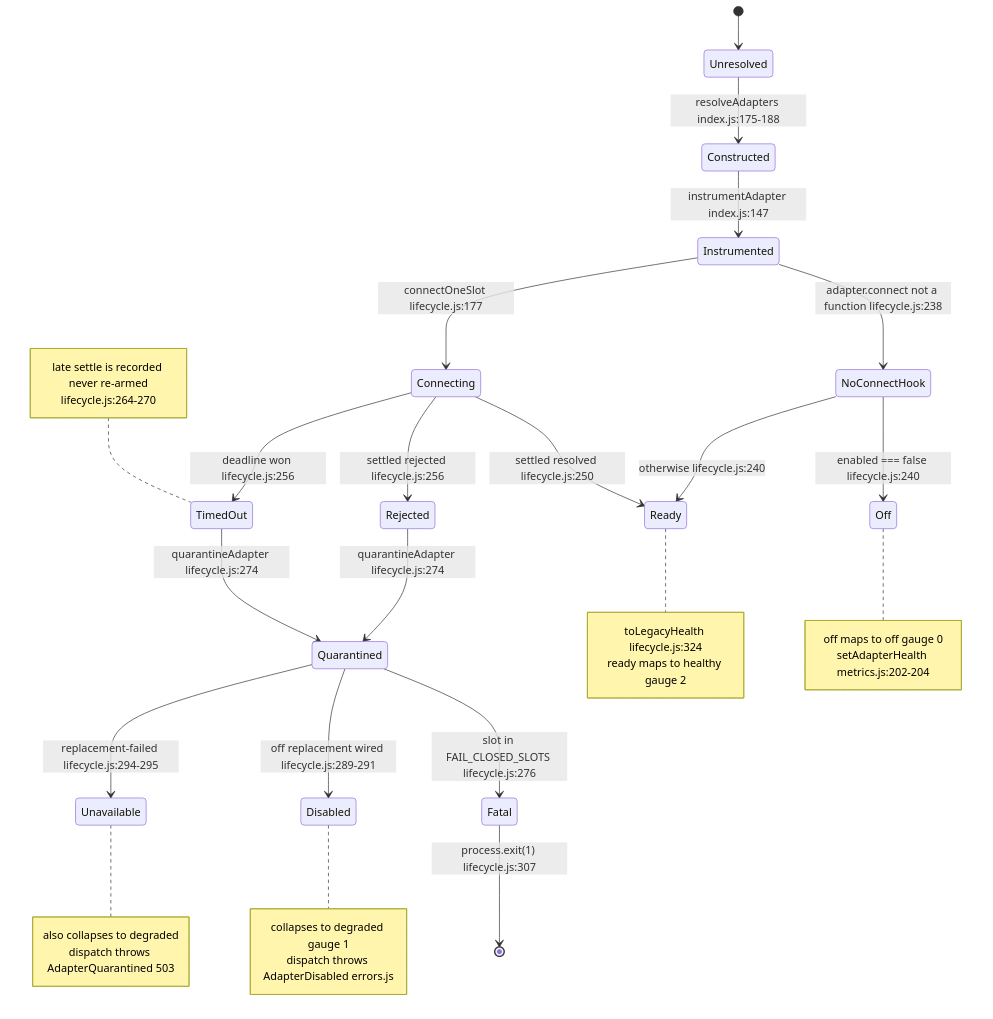
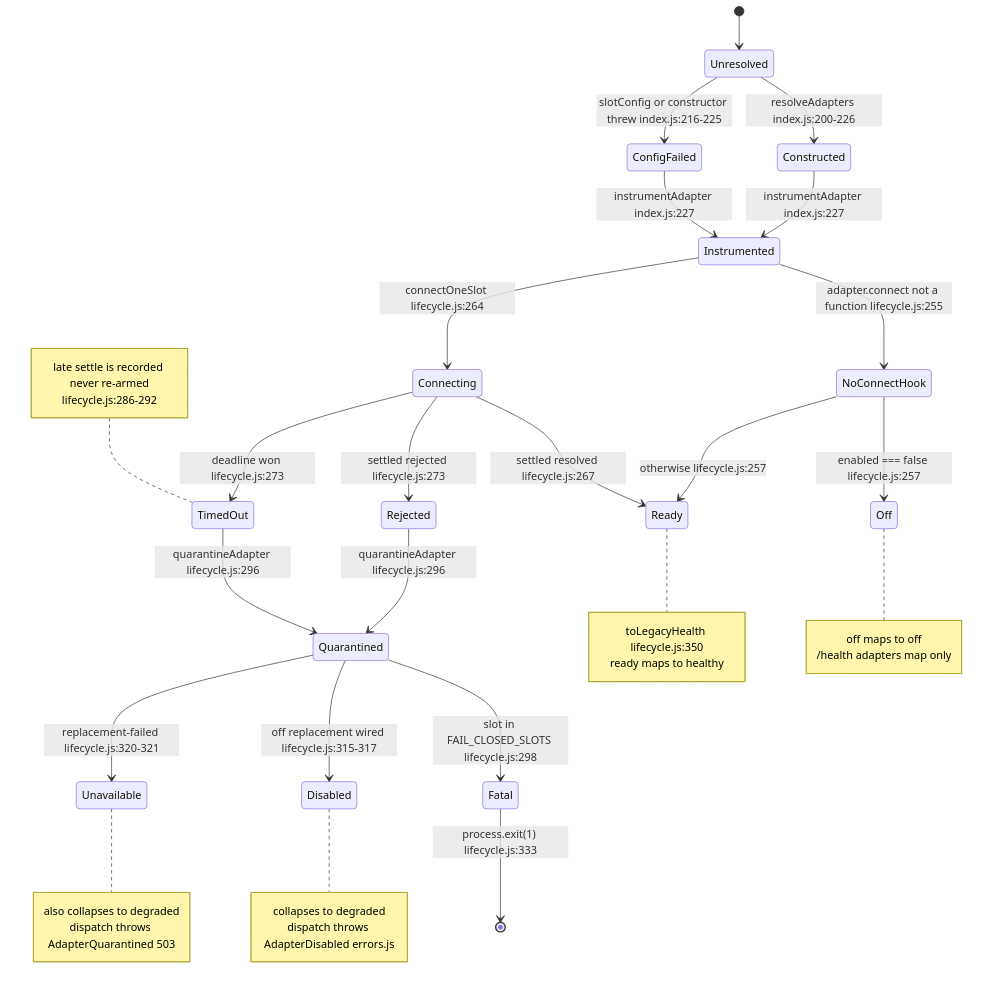
Before and after one commit to DreamLab-AI/VisionFlow: the eighth of 15 diagrams in docs/diagrams/agentbox/04-adapter-spine.md, drawn with Mermaid. The commit also changed other lines of this file and 173 other files, not shown here.

````diff
--- a/docs/diagrams/agentbox/04-adapter-spine.md
+++ b/docs/diagrams/agentbox/04-adapter-spine.md
@@ -342,45 +356,47 @@
 ```mermaid
 stateDiagram-v2
     [*] --> Unresolved
-    Unresolved --> Constructed: resolveAdapters index.js:175-188
-    Constructed --> Instrumented: instrumentAdapter index.js:147
-    Instrumented --> NoConnectHook: adapter.connect not a function lifecycle.js:238
-    Instrumented --> Connecting: connectOneSlot lifecycle.js:177
+    Unresolved --> Constructed: resolveAdapters index.js:200-226
+    Unresolved --> ConfigFailed: slotConfig or constructor threw index.js:216-225
+    ConfigFailed --> Instrumented: instrumentAdapter index.js:227
+    Constructed --> Instrumented: instrumentAdapter index.js:227
+    Instrumented --> NoConnectHook: adapter.connect not a function lifecycle.js:255
+    Instrumented --> Connecting: connectOneSlot lifecycle.js:264
 
-    NoConnectHook --> Off: enabled === false lifecycle.js:240
-    NoConnectHook --> Ready: otherwise lifecycle.js:240
+    NoConnectHook --> Off: enabled === false lifecycle.js:257
+    NoConnectHook --> Ready: otherwise lifecycle.js:257
 
-    Connecting --> Ready: settled resolved lifecycle.js:250
-    Connecting --> Rejected: settled rejected lifecycle.js:256
-    Connecting --> TimedOut: deadline won lifecycle.js:256
+    Connecting --> Ready: settled resolved lifecycle.js:267
+    Connecting --> Rejected: settled rejected lifecycle.js:273
+    Connecting --> TimedOut: deadline won lifecycle.js:273
 
-    Rejected --> Quarantined: quarantineAdapter lifecycle.js:274
-    TimedOut --> Quarantined: quarantineAdapter lifecycle.js:274
+    Rejected --> Quarantined: quarantineAdapter lifecycle.js:296
+    TimedOut --> Quarantined: quarantineAdapter lifecycle.js:296
 
-    Quarantined --> Fatal: slot in FAIL_CLOSED_SLOTS lifecycle.js:276
-    Quarantined --> Disabled: off replacement wired lifecycle.js:289-291
-    Quarantined --> Unavailable: replacement-failed lifecycle.js:294-295
+    Quarantined --> Fatal: slot in FAIL_CLOSED_SLOTS lifecycle.js:298
+    Quarantined --> Disabled: off replacement wired lifecycle.js:315-317
+    Quarantined --> Unavailable: replacement-failed lifecycle.js:320-321
 
-    Fatal --> [*]: process.exit(1) lifecycle.js:307
+    Fatal --> [*]: process.exit(1) lifecycle.js:333
 
     note right of Ready
-        toLegacyHealth lifecycle.js:324
-        ready maps to healthy gauge 2
+        toLegacyHealth lifecycle.js:350
+        ready maps to healthy
     end note
     note right of Off
-        off maps to off gauge 0
-        setAdapterHealth metrics.js:202-204
+        off maps to off
+        /health adapters map only
     end note
     note right of Disabled
-        collapses to degraded gauge 1
+        collapses to degraded
         dispatch throws AdapterDisabled errors.js
     end note
     note right of Unavailable
         also collapses to degraded
         dispatch throws AdapterQuarantined 503
     end note
     note left of TimedOut
         late settle is recorded never re-armed
-        lifecycle.js:264-270
+        lifecycle.js:286-292
     end note
 ```
````
